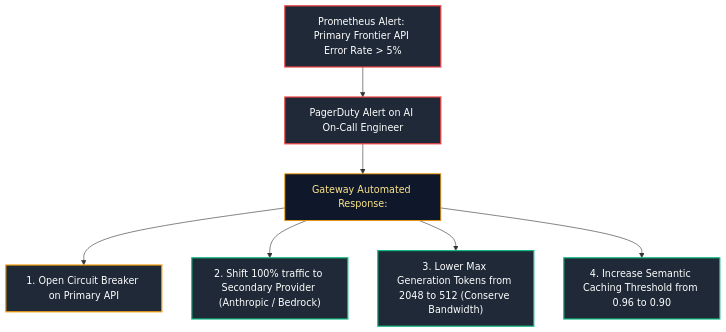
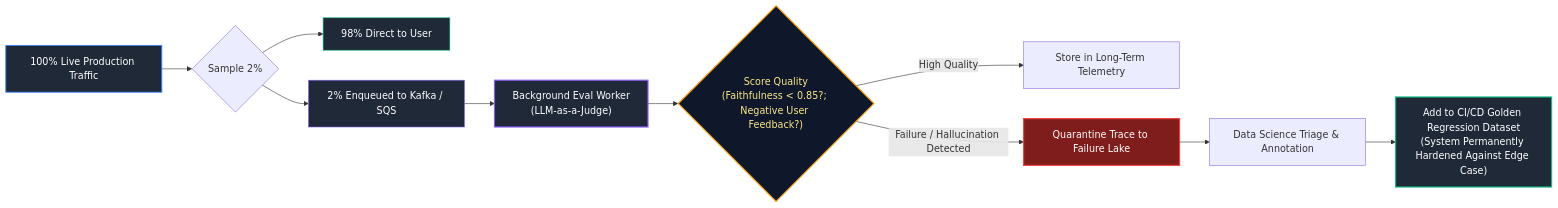
Before and after one commit to joydeep-biswas/Interview-Preparation: diagram 15 of 15 in AI Engineering/11_llmops_gateways_and_production_operations.md, drawn with Mermaid. The commit also changed other lines of this file and 143 other files, not shown here.

````diff
--- a/AI Engineering/11_llmops_gateways_and_production_operations.md
+++ b/AI Engineering/11_llmops_gateways_and_production_operations.md
@@ -364,17 +956,23 @@
 ```mermaid
-flowchart TD
-    Alarm["Prometheus Alert: Primary Frontier API Error Rate > 5%"] --> Pager["PagerDuty Alert on AI On-Call Engineer"]
-    Pager --> AutomatedTriad["Gateway Automated Response:"]
-    AutomatedTriad --> S1["1. Open Circuit Breaker on Primary API"]
-    AutomatedTriad --> S2["2. Shift 100% traffic to Secondary Provider (Anthropic / Bedrock)"]
-    AutomatedTriad --> S3["3. Lower Max Generation Tokens from 2048 to 512 (Conserve Bandwidth)"]
-    AutomatedTriad --> S4["4. Increase Semantic Caching Threshold from 0.96 to 0.90"]
+flowchart LR
+    LiveTraffic["100% Live Production Traffic"] --> Split{"Sample 2%"}
+    Split --> FastPath["98% Direct to User"]
+    Split --> AsyncQueue["2% Enqueued to Kafka / SQS"]
 
-    style Alarm fill:#1f2937,stroke:#ef4444,stroke-width:2px,color:#fff
-    style Pager fill:#1f2937,stroke:#ef4444,stroke-width:2px,color:#fff
-    style AutomatedTriad fill:#0f172a,stroke:#f59e0b,stroke-width:1.5px,color:#fde68a
-    style S1 fill:#1f2937,stroke:#f59e0b,stroke-width:2px,color:#fff
-    style S2 fill:#1f2937,stroke:#10b981,stroke-width:2px,color:#fff
-    style S3 fill:#1f2937,stroke:#10b981,stroke-width:2px,color:#fff
-    style S4 fill:#1f2937,stroke:#10b981,stroke-width:2px,color:#fff
+    AsyncQueue --> EvalWorker["Background Eval Worker<br/>(LLM-as-a-Judge)"]
+    EvalWorker --> ScoreTrace{"Score Quality<br/>(Faithfulness < 0.85?; Negative User Feedback?)"}
+    
+    ScoreTrace -- "High Quality" --> Discard["Store in Long-Term Telemetry"]
+    ScoreTrace -- "Failure / Hallucination Detected" --> Quarantine["Quarantine Trace to Failure Lake"]
+    
+    Quarantine --> Curate["Data Science Triage & Annotation"]
+    Curate --> GoldenDataset["Add to CI/CD Golden Regression Dataset<br/>(System Permanently Hardened Against Edge Case)"]
+
+    style LiveTraffic fill:#1f2937,stroke:#3b82f6,stroke-width:1.5px,color:#fff
+    style FastPath fill:#1f2937,stroke:#10b981,stroke-width:1px,color:#fff
+    style AsyncQueue fill:#1f2937,stroke:#8b5cf6,stroke-width:1px,color:#fff
+    style EvalWorker fill:#1f2937,stroke:#8b5cf6,stroke-width:2px,color:#fff
+    style ScoreTrace fill:#0f172a,stroke:#f59e0b,stroke-width:2px,color:#fde68a
+    style Quarantine fill:#7f1d1d,stroke:#ef4444,stroke-width:2px,color:#fff
+    style GoldenDataset fill:#1f2937,stroke:#10b981,stroke-width:2px,color:#fff
 ```
````
